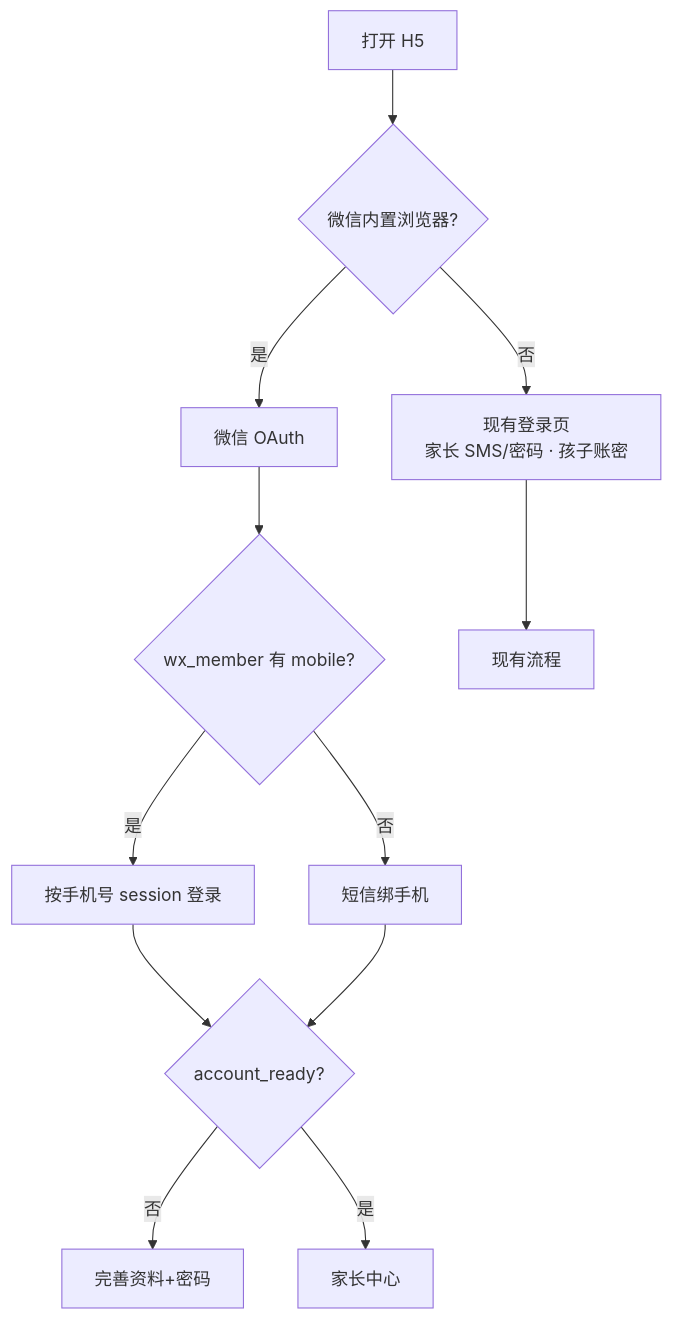
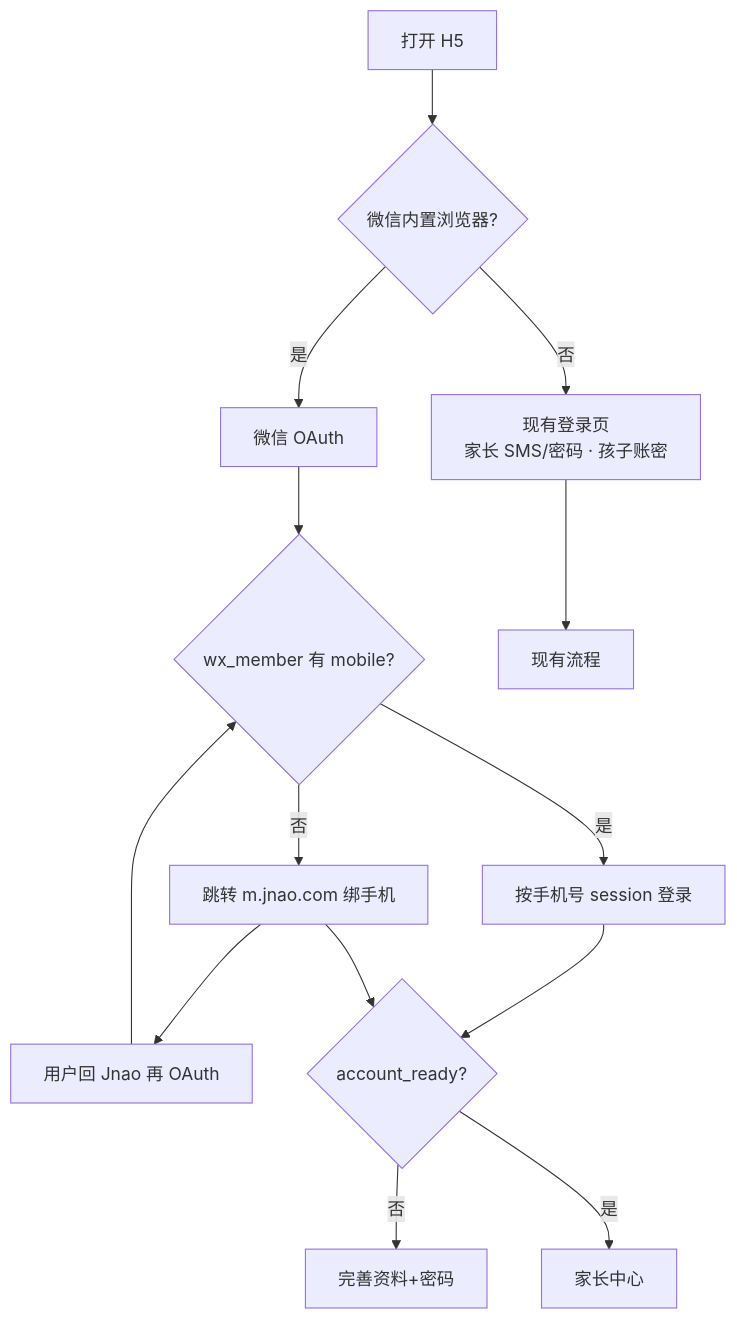
Before and after one commit to quppwork/Jnao_tianfu_daka: the diagram in docs/微信与家长登录方案.md, drawn with Mermaid. The commit also changed other lines of this file and 10 other files, not shown here.

First line of the commit message:
feat: 微信绑手机跳转 m.jnao.com，浏览器验证码暂留 mock

````diff
--- a/docs/微信与家长登录方案.md
+++ b/docs/微信与家长登录方案.md
@@ -22,14 +22,16 @@
 ```mermaid
 flowchart TD
   A[打开 H5] --> B{微信内置浏览器?}
   B -->|否| C[现有登录页<br/>家长 SMS/密码 · 孩子账密]
   B -->|是| D[微信 OAuth]
   D --> E{wx_member 有 mobile?}
   E -->|是| F[按手机号 session 登录]
-  E -->|否| G[短信绑手机]
+  E -->|否| G[跳转 m.jnao.com 绑手机]
+  G --> G2[用户回 Jnao 再 OAuth]
+  G2 --> E
   F --> H{account_ready?}
   G --> H
   H -->|否| I[完善资料+密码]
   H -->|是| J[家长中心]
   C --> K[现有流程]
 ```
````
